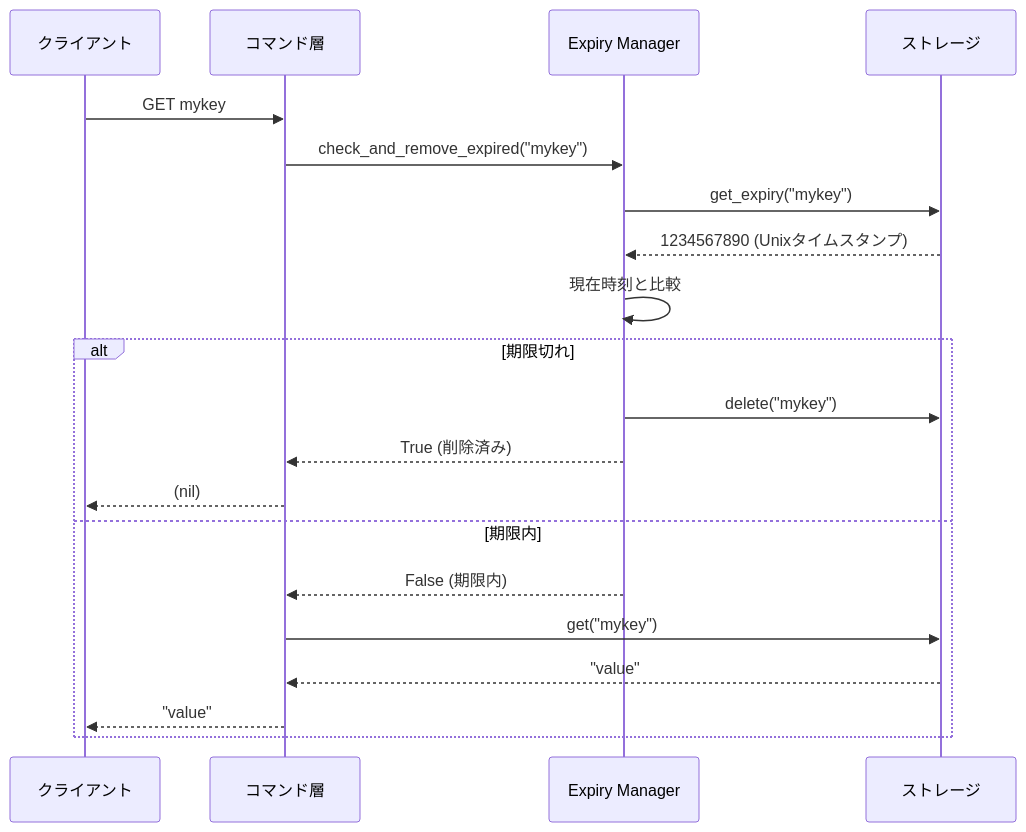
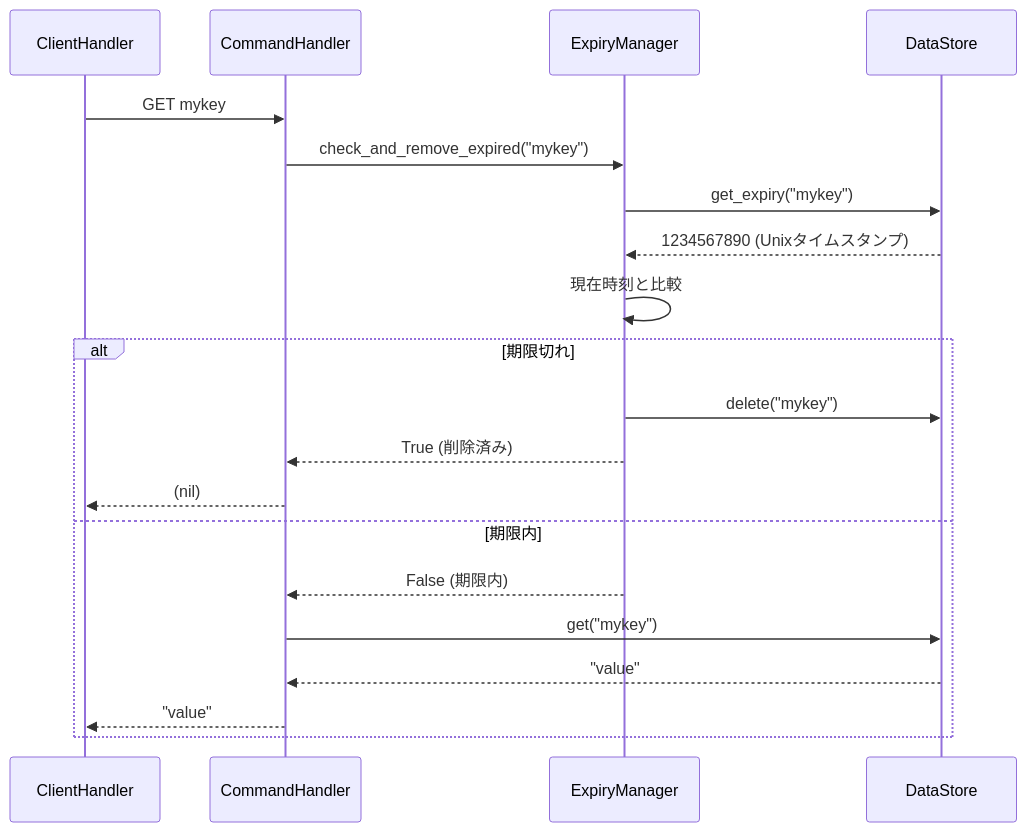
One commit to hkws/mini-redis-py changed the first of 2 diagrams in docs/lectures/04-expiry.md. Above: the diagram before and after it, drawn with Mermaid. The commit also changed other lines of this file and 2 other files, not shown here.

````diff
--- a/docs/lectures/04-expiry.md
+++ b/docs/lectures/04-expiry.md
@@ -69,24 +53,24 @@
 ```mermaid
 sequenceDiagram
-    participant Client as クライアント
-    participant Command as コマンド層
-    participant Expiry as Expiry Manager
-    participant Storage as ストレージ
+    participant Client as ClientHandler
+    participant Command as CommandHandler
+    participant Expiry as ExpiryManager
+    participant Storage as DataStore
 
     Client->>Command: GET mykey
     Command->>Expiry: check_and_remove_expired("mykey")
     Expiry->>Storage: get_expiry("mykey")
     Storage-->>Expiry: 1234567890 (Unixタイムスタンプ)
     Expiry->>Expiry: 現在時刻と比較
 
     alt 期限切れ
         Expiry->>Storage: delete("mykey")
         Expiry-->>Command: True (削除済み)
         Command-->>Client: (nil)
     else 期限内
         Expiry-->>Command: False (期限内)
         Command->>Storage: get("mykey")
         Storage-->>Command: "value"
         Command-->>Client: "value"
     end
 ```
````
